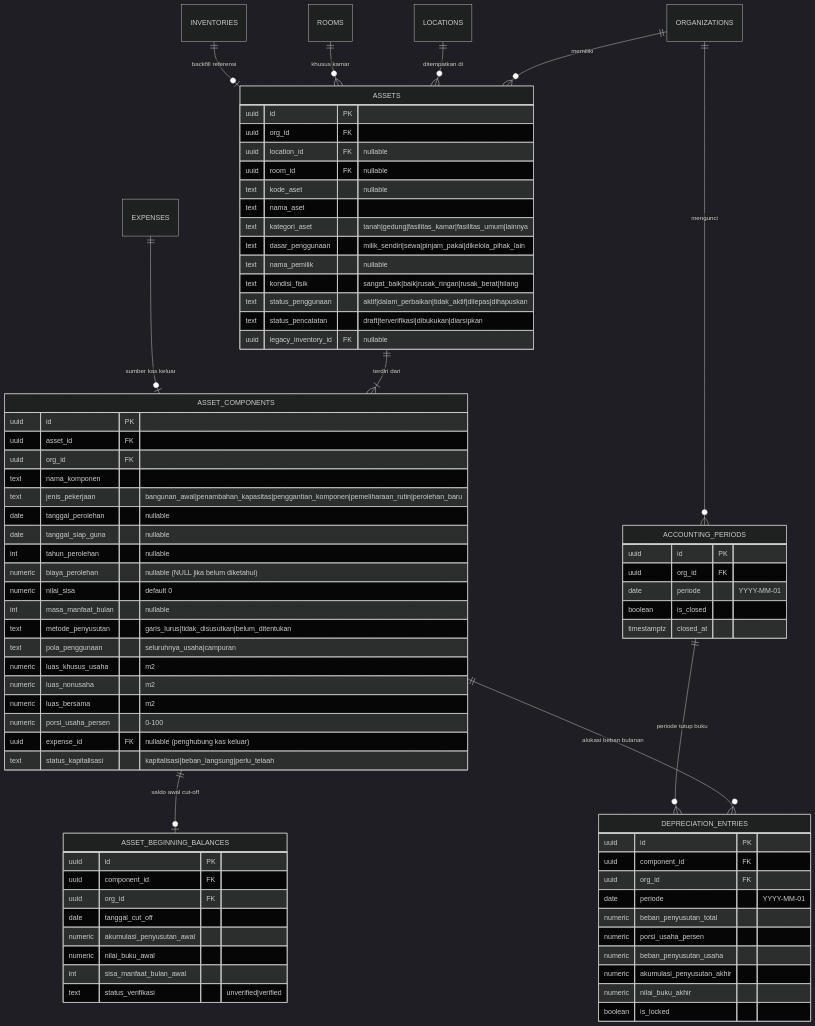
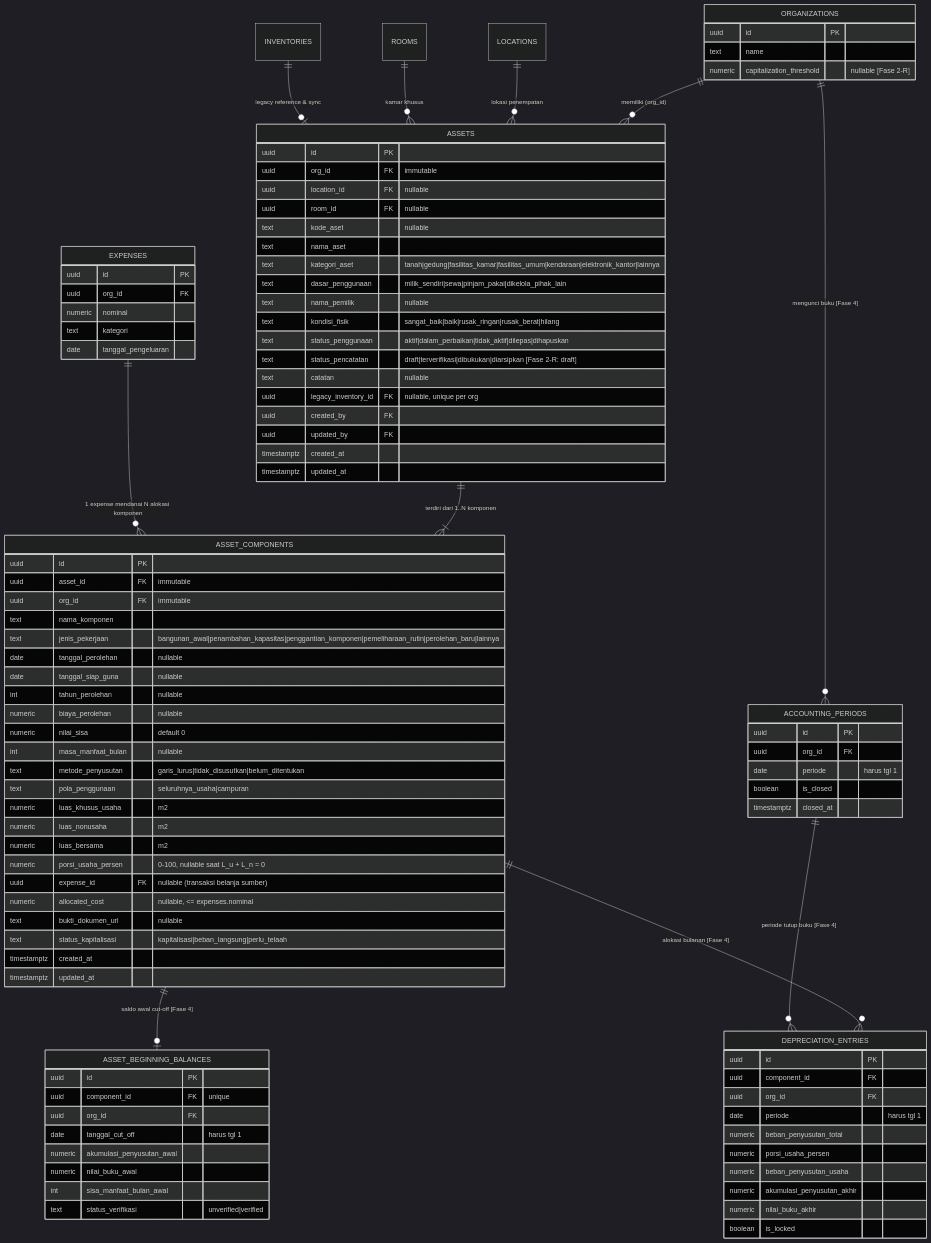
Before and after one commit to rhesal/simkos-v2: the first of 2 diagrams in docs/aset-inventaris-technical-design.md, drawn with Mermaid (dark theme). The commit also changed other lines of this file and 9 other files, not shown here.

Commit message:
fix(aset): revisi Fase 2-R integritas data, otorisasi backfill, dan sinkronisasi desain

````diff
--- a/docs/aset-inventaris-technical-design.md
+++ b/docs/aset-inventaris-technical-design.md
@@ -113,44 +101,55 @@
 ```mermaid
 erDiagram
-    ORGANIZATIONS ||--o{ ASSETS : "memiliki"
-    ORGANIZATIONS ||--o{ ACCOUNTING_PERIODS : "mengunci"
-    LOCATIONS ||--o{ ASSETS : "ditempatkan di"
-    ROOMS ||--o{ ASSETS : "khusus kamar"
-    INVENTORIES ||--o| ASSETS : "backfill referensi"
+    ORGANIZATIONS ||--o{ ASSETS : "memiliki (org_id)"
+    ORGANIZATIONS ||--o{ ACCOUNTING_PERIODS : "mengunci buku [Fase 4]"
+    LOCATIONS ||--o{ ASSETS : "lokasi penempatan"
+    ROOMS ||--o{ ASSETS : "kamar khusus"
+    INVENTORIES ||--o| ASSETS : "legacy reference & sync"
     
-    ASSETS ||--|{ ASSET_COMPONENTS : "terdiri dari"
-    EXPENSES ||--o| ASSET_COMPONENTS : "sumber kas keluar"
+    ASSETS ||--|{ ASSET_COMPONENTS : "terdiri dari 1..N komponen"
+    EXPENSES ||--o{ ASSET_COMPONENTS : "1 expense mendanai N alokasi komponen"
     
-    ASSET_COMPONENTS ||--o| ASSET_BEGINNING_BALANCES : "saldo awal cut-off"
-    ASSET_COMPONENTS ||--o{ DEPRECIATION_ENTRIES : "alokasi beban bulanan"
-    ACCOUNTING_PERIODS ||--o{ DEPRECIATION_ENTRIES : "periode tutup buku"
+    ASSET_COMPONENTS ||--o| ASSET_BEGINNING_BALANCES : "saldo awal cut-off [Fase 4]"
+    ASSET_COMPONENTS ||--o{ DEPRECIATION_ENTRIES : "alokasi bulanan [Fase 4]"
+    ACCOUNTING_PERIODS ||--o{ DEPRECIATION_ENTRIES : "periode tutup buku [Fase 4]"
+
+    ORGANIZATIONS {
+        uuid id PK
+        text name
+        numeric capitalization_threshold "nullable [Fase 2-R]"
+    }
 
     ASSETS {
         uuid id PK
-        uuid org_id FK
+        uuid org_id FK "immutable"
         uuid location_id FK "nullable"
         uuid room_id FK "nullable"
         text kode_aset "nullable"
         text nama_aset
-        text kategori_aset "tanah|gedung|fasilitas_kamar|fasilitas_umum|lainnya"
+        text kategori_aset "tanah|gedung|fasilitas_kamar|fasilitas_umum|kendaraan|elektronik_kantor|lainnya"
         text dasar_penggunaan "milik_sendiri|sewa|pinjam_pakai|dikelola_pihak_lain"
         text nama_pemilik "nullable"
         text kondisi_fisik "sangat_baik|baik|rusak_ringan|rusak_berat|hilang"
         text status_penggunaan "aktif|dalam_perbaikan|tidak_aktif|dilepas|dihapuskan"
-        text status_pencatatan "draft|terverifikasi|dibukukan|diarsipkan"
-        uuid legacy_inventory_id FK "nullable"
+        text status_pencatatan "draft|terverifikasi|dibukukan|diarsipkan [Fase 2-R: draft]"
+        text catatan "nullable"
+        uuid legacy_inventory_id FK "nullable, unique per org"
+        uuid created_by FK
+        uuid updated_by FK
+        timestamptz created_at
+        timestamptz updated_at
     }
 
     ASSET_COMPONENTS {
         uuid id PK
-        uuid asset_id FK
-        uuid org_id FK
+        uuid asset_id FK "immutable"
+        uuid org_id FK "immutable"
         text nama_komponen
-        text jenis_pekerjaan "bangunan_awal|penambahan_kapasitas|penggantian_komponen|pemeliharaan_rutin|perolehan_baru"
+        text jenis_pekerjaan "bangunan_awal|penambahan_kapasitas|penggantian_komponen|pemeliharaan_rutin|perolehan_baru|lainnya"
         date tanggal_perolehan "nullable"
         date tanggal_siap_guna "nullable"
         int tahun_perolehan "nullable"
-        numeric biaya_perolehan "nullable (NULL jika belum diketahui)"
+        numeric biaya_perolehan "nullable"
         numeric nilai_sisa "default 0"
         int masa_manfaat_bulan "nullable"
         text metode_penyusutan "garis_lurus|tidak_disusutkan|belum_ditentukan"
@@ -158,16 +157,28 @@
         numeric luas_khusus_usaha "m2"
         numeric luas_nonusaha "m2"
         numeric luas_bersama "m2"
-        numeric porsi_usaha_persen "0-100"
-        uuid expense_id FK "nullable (penghubung kas keluar)"
+        numeric porsi_usaha_persen "0-100, nullable saat L_u + L_n = 0"
+        uuid expense_id FK "nullable (transaksi belanja sumber)"
+        numeric allocated_cost "nullable, <= expenses.nominal"
+        text bukti_dokumen_url "nullable"
         text status_kapitalisasi "kapitalisasi|beban_langsung|perlu_telaah"
+        timestamptz created_at
+        timestamptz updated_at
+    }
+
+    EXPENSES {
+        uuid id PK
+        uuid org_id FK
+        numeric nominal
+        text kategori
+        date tanggal_pengeluaran
     }
 
     ASSET_BEGINNING_BALANCES {
         uuid id PK
-        uuid component_id FK
+        uuid component_id FK "unique"
         uuid org_id FK
-        date tanggal_cut_off
+        date tanggal_cut_off "harus tgl 1"
         numeric akumulasi_penyusutan_awal
         numeric nilai_buku_awal
         int sisa_manfaat_bulan_awal
@@ -178,7 +189,7 @@
         uuid id PK
         uuid component_id FK
         uuid org_id FK
-        date periode "YYYY-MM-01"
+        date periode "harus tgl 1"
         numeric beban_penyusutan_total
         numeric porsi_usaha_persen
         numeric beban_penyusutan_usaha
@@ -190,7 +201,7 @@
     ACCOUNTING_PERIODS {
         uuid id PK
         uuid org_id FK
-        date periode "YYYY-MM-01"
+        date periode "harus tgl 1"
         boolean is_closed
         timestamptz closed_at
     }
````
